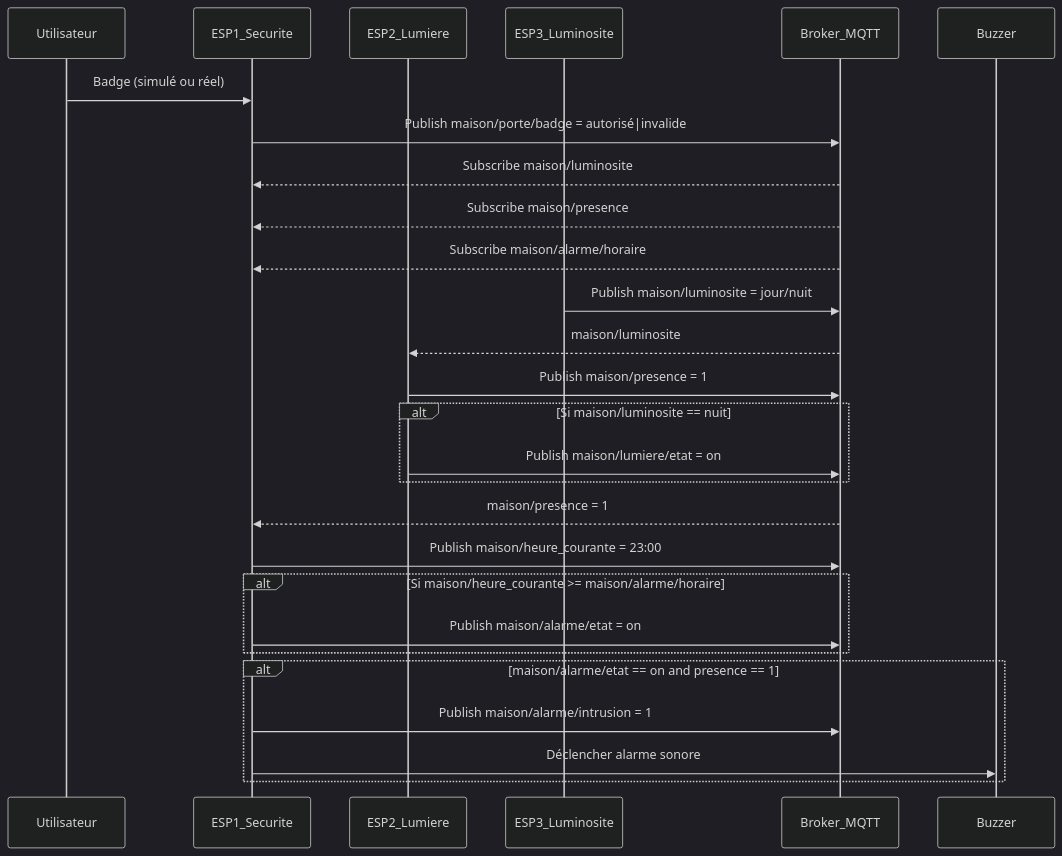
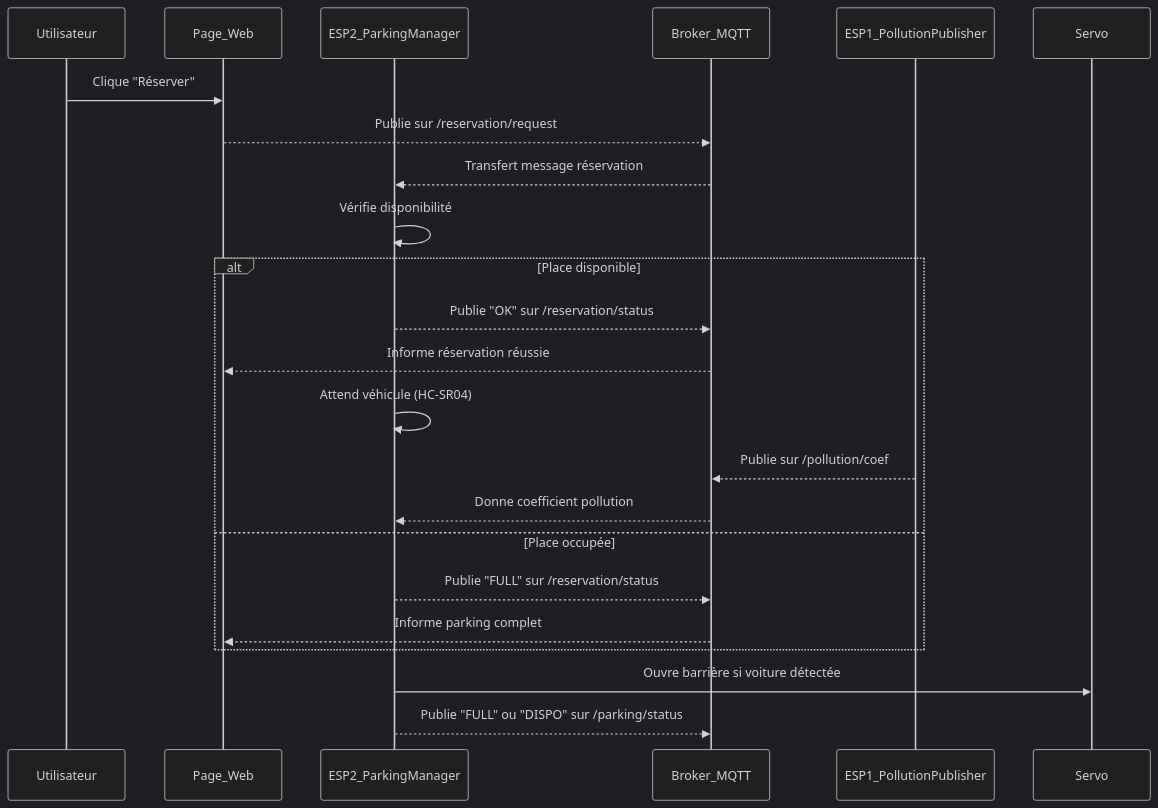
Before and after one commit to Esabrina77/iot_b2: the diagram in README.md, drawn with Mermaid (dark theme). The commit also changed other lines of this file, not shown here.

````diff
--- a/README.md
+++ b/README.md
@@ -16,38 +1,27 @@
 ```mermaid
 sequenceDiagram
     participant Utilisateur
-    participant ESP1_Securite
-    participant ESP2_Lumiere
-    participant ESP3_Luminosite
+    participant Page_Web
+    participant ESP2_ParkingManager
     participant Broker_MQTT
+    participant ESP1_PollutionPublisher
 
-    %% Badge simulation
-    Utilisateur->>ESP1_Securite: Badge (simulé ou réel)
-    ESP1_Securite->>Broker_MQTT: Publish maison/porte/badge = autorisé|invalide
-    Broker_MQTT-->>ESP1_Securite: Subscribe maison/luminosite
-    Broker_MQTT-->>ESP1_Securite: Subscribe maison/presence
-    Broker_MQTT-->>ESP1_Securite: Subscribe maison/alarme/horaire
+    Utilisateur ->> Page_Web: Clique "Réserver"
+    Page_Web -->> Broker_MQTT: Publie sur /reservation/request
+    Broker_MQTT -->> ESP2_ParkingManager: Transfert message réservation
 
-    %% Luminosité mesurée
-    ESP3_Luminosite->>Broker_MQTT: Publish maison/luminosite = jour/nuit
-    Broker_MQTT-->>ESP2_Lumiere: maison/luminosite
-
-    %% Présence détectée
-    ESP2_Lumiere->>Broker_MQTT: Publish maison/presence = 1
-    alt Si maison/luminosite == nuit
-        ESP2_Lumiere->>Broker_MQTT: Publish maison/lumiere/etat = on
-    end
-    Broker_MQTT-->>ESP1_Securite: maison/presence = 1
-
-    %% Heure actuelle
-    ESP1_Securite->>Broker_MQTT: Publish maison/heure_courante = 23:00
-    alt Si maison/heure_courante >= maison/alarme/horaire
-        ESP1_Securite->>Broker_MQTT: Publish maison/alarme/etat = on
+    ESP2_ParkingManager ->> ESP2_ParkingManager: Vérifie disponibilité
+    alt Place disponible
+        ESP2_ParkingManager -->> Broker_MQTT: Publie "OK" sur /reservation/status
+        Broker_MQTT -->> Page_Web: Informe réservation réussie
+        ESP2_ParkingManager ->> ESP2_ParkingManager: Attend véhicule (HC-SR04)
+        ESP1_PollutionPublisher -->> Broker_MQTT: Publie sur /pollution/coef
+        Broker_MQTT -->> ESP2_ParkingManager: Donne coefficient pollution
+    else Place occupée
+        ESP2_ParkingManager -->> Broker_MQTT: Publie "FULL" sur /reservation/status
+        Broker_MQTT -->> Page_Web: Informe parking complet
     end
 
-    %% Intrusion la nuit
-    alt maison/alarme/etat == on and presence == 1
-        ESP1_Securite->>Broker_MQTT: Publish maison/alarme/intrusion = 1
-        ESP1_Securite->>Buzzer: Déclencher alarme sonore
-    end
+    ESP2_ParkingManager ->> Servo: Ouvre barrière si voiture détectée
+    ESP2_ParkingManager -->> Broker_MQTT: Publie "FULL" ou "DISPO" sur /parking/status
 ```
````
